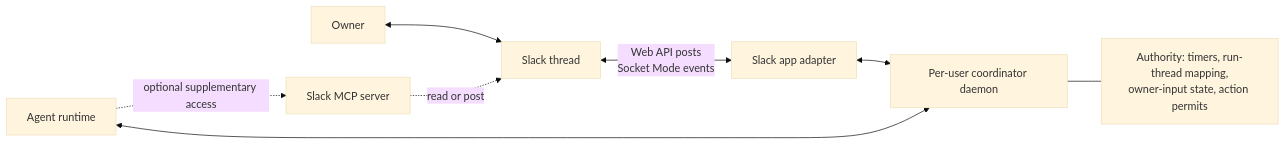
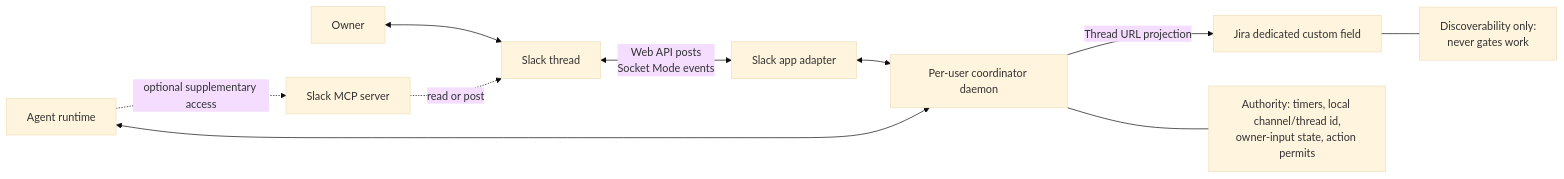
Before and after one commit to MarkTripoli/skills: the first of 5 diagrams in .agents/tasks/i-want-new-skill/03-tdd-slack-agent-communication.md, drawn with Mermaid (base theme). The commit also changed other lines of this file and 1 other file, not shown here.

````diff
--- a/.agents/tasks/i-want-new-skill/03-tdd-slack-agent-communication.md
+++ b/.agents/tasks/i-want-new-skill/03-tdd-slack-agent-communication.md
@@ -20,11 +20,13 @@
 ```mermaid
 flowchart LR
     O[Owner] <--> ST[Slack thread]
     ST <-->|Web API posts<br/>Socket Mode events| SA[Slack app adapter]
     SA <--> C[Per-user coordinator daemon]
+    C -->|Thread URL projection| J[Jira dedicated custom field]
     A[Agent runtime] <--> C
     A -. optional supplementary access .-> MCP[Slack MCP server]
     MCP -. read or post .-> ST
 
-    C --- AUTH["Authority: timers, run-thread mapping,<br/>owner-input state, action permits"]
+    C --- AUTH["Authority: timers, local channel/thread id,<br/>owner-input state, action permits"]
+    J --- DISC["Discoverability only:<br/>never gates work"]
 ```
````
